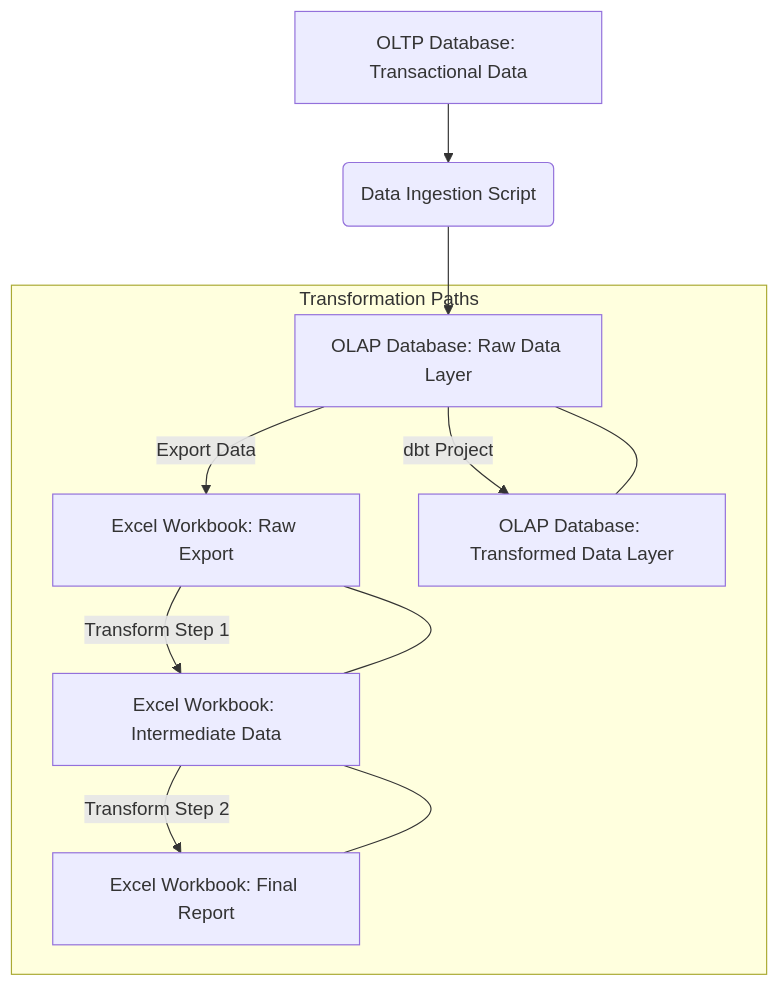
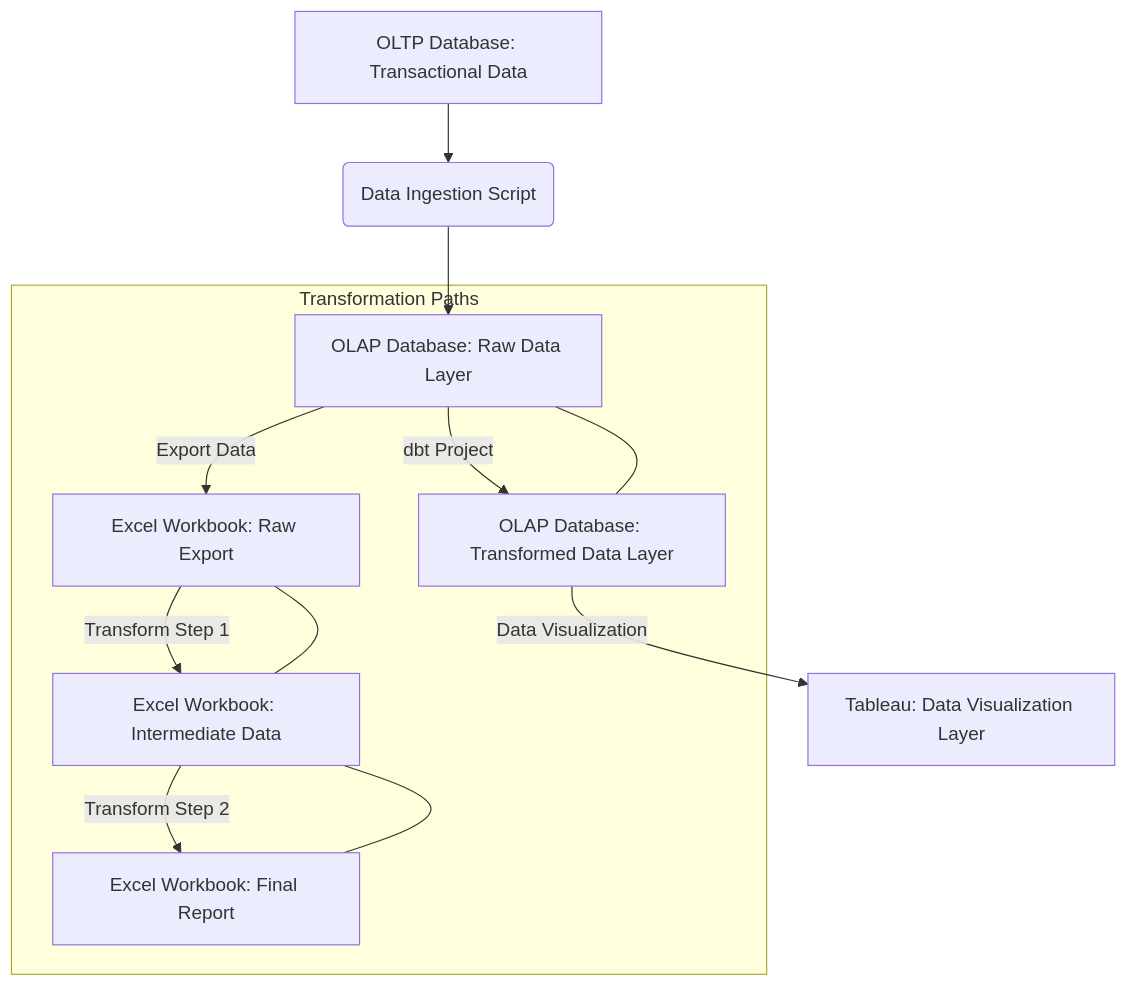
The diagram in README.md (KingMichaelPark/oltp-2-olap-w-xl-demo), drawn with Mermaid before and after one commit.

````diff
--- a/README.md
+++ b/README.md
@@ -32,15 +32,16 @@
 ```mermaid
 graph TD
     A[OLTP Database: Transactional Data] --> B(Data Ingestion Script);
     B --> C[OLAP Database: Raw Data Layer];
     C -- Export Data --> D[Excel Workbook: Raw Export];
     D -- Transform Step 1 --> E[Excel Workbook: Intermediate Data];
     E -- Transform Step 2 --> F[Excel Workbook: Final Report];
     C -- dbt Project --> G[OLAP Database: Transformed Data Layer];
+    G -- Data Visualization --> H[Tableau: Data Visualization Layer];
 
     subgraph Transformation Paths
         D --- E;
         E --- F;
         C --- G;
     end
 ```
````
